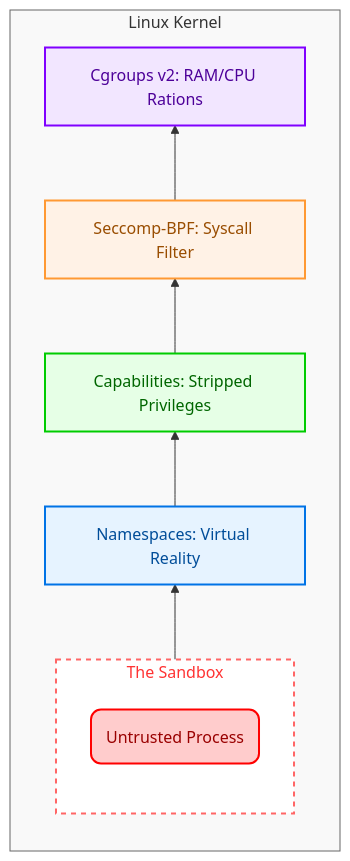
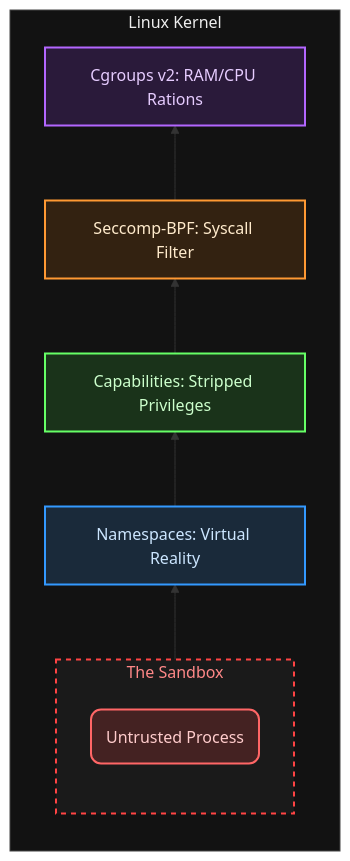
The first of 3 diagrams in README.md (samwasted/shell-cpp), drawn with Mermaid before and after one commit.

````diff
--- a/README.md
+++ b/README.md
@@ -90,35 +90,35 @@
 ```mermaid
 
 graph BT
 
-    subgraph Host_Kernel [Linux Kernel]
-        direction BT
-        
-        Cgroups[Cgroups v2: RAM/CPU Rations]:::cgroupNode
-        Seccomp[Seccomp-BPF: Syscall Filter]:::seccompNode
-        Caps[Capabilities: Stripped Privileges]:::capsNode
-        NS[Namespaces: Virtual Reality]:::nsNode
-        
-        subgraph Jail [The Sandbox]
-            direction BT
-            Payload(Untrusted Process):::payloadNode
-        end
-        
-        Payload --> NS
-        NS --> Caps
-        Caps --> Seccomp
-        Seccomp --> Cgroups
-    end
+    subgraph Host_Kernel [Linux Kernel]
+        direction BT
+        
+        Cgroups[Cgroups v2: RAM/CPU Rations]:::cgroupNode
+        Seccomp[Seccomp-BPF: Syscall Filter]:::seccompNode
+        Caps[Capabilities: Stripped Privileges]:::capsNode
+        NS[Namespaces: Virtual Reality]:::nsNode
+        
+        subgraph Jail [The Sandbox]
+            direction BT
+            Payload(Untrusted Process):::payloadNode
+        end
+        
+        Payload --> NS
+        NS --> Caps
+        Caps --> Seccomp
+        Seccomp --> Cgroups
+    end
 
-    %% Define colors and styles
-    classDef payloadNode fill:#ffcccc,stroke:#ff0000,stroke-width:2px,rx:10,ry:10,color:#990000;
-    classDef nsNode fill:#e6f3ff,stroke:#0073e6,stroke-width:2px,color:#004d99;
-    classDef capsNode fill:#e6ffe6,stroke:#00cc00,stroke-width:2px,color:#006600;
-    classDef seccompNode fill:#fff2e6,stroke:#ff9933,stroke-width:2px,color:#994d00;
-    classDef cgroupNode fill:#f2e6ff,stroke:#8000ff,stroke-width:2px,color:#4d0099;
-    
-    %% Style the subgraphs
-    style Host_Kernel fill:#f9f9f9,stroke:#666,stroke-width:1px,color:#333;
-    style Jail fill:#fff,stroke:#ff6666,stroke-width:2px,stroke-dasharray: 5 5,color:#ff3333;
+    %% Dark Mode Styles
+    classDef payloadNode fill:#442222,stroke:#ff6666,stroke-width:2px,rx:10,ry:10,color:#ffcccc;
+    classDef nsNode fill:#1a2a3a,stroke:#3399ff,stroke-width:2px,color:#cce6ff;
+    classDef capsNode fill:#1a331a,stroke:#66ff66,stroke-width:2px,color:#ccffcc;
+    classDef seccompNode fill:#332211,stroke:#ff9933,stroke-width:2px,color:#ffebcc;
+    classDef cgroupNode fill:#2a1a3a,stroke:#b366ff,stroke-width:2px,color:#e6ccff;
+    
+    %% Style the subgraphs for Dark Mode
+    style Host_Kernel fill:#121212,stroke:#444,stroke-width:1px,color:#eee;
+    style Jail fill:#1a1a1a,stroke:#ff4444,stroke-width:2px,stroke-dasharray: 5 5,color:#ff8888;
 
 ```
````
